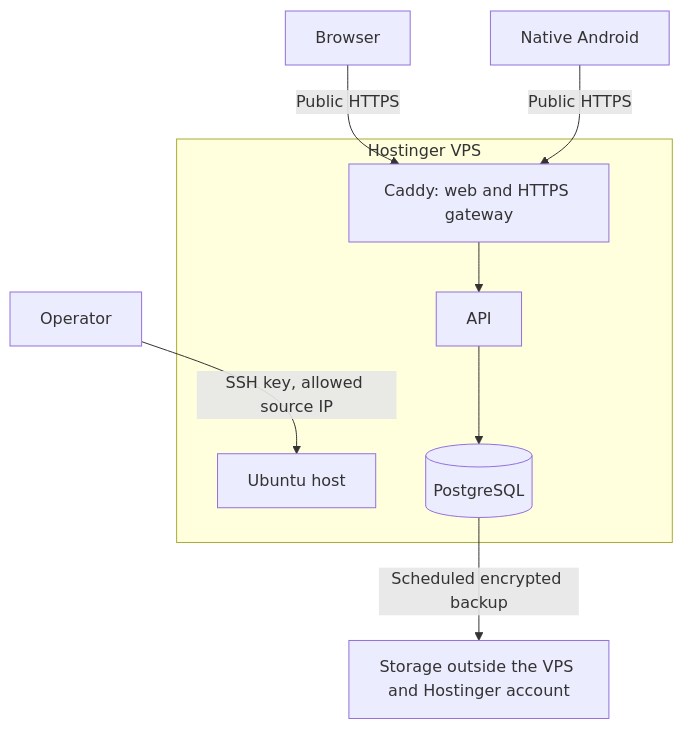
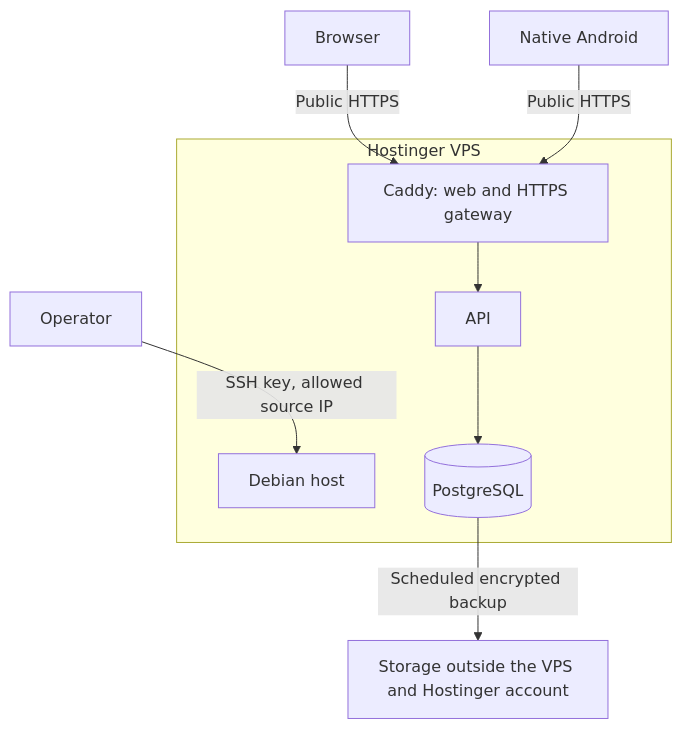
The diagram in docs/architecture/m8-execution-plan.md (asherban/ChordViewer), drawn with Mermaid before and after one commit. The commit also changed other lines of this file and 6 other files, not shown here.

````diff
--- a/docs/architecture/m8-execution-plan.md
+++ b/docs/architecture/m8-execution-plan.md
@@ -13,12 +13,12 @@
 ```mermaid
 flowchart TB
     W[Browser] -->|Public HTTPS| G
     A[Native Android] -->|Public HTTPS| G
     O[Operator] -->|SSH key, allowed source IP| H
     subgraph VPS[Hostinger VPS]
-        H[Ubuntu host]
+        H[Debian host]
         G[Caddy: web and HTTPS gateway] --> API[API]
         API --> DB[(PostgreSQL)]
     end
     DB -->|Scheduled encrypted backup| B[Storage outside the VPS and Hostinger account]
 ```
````
